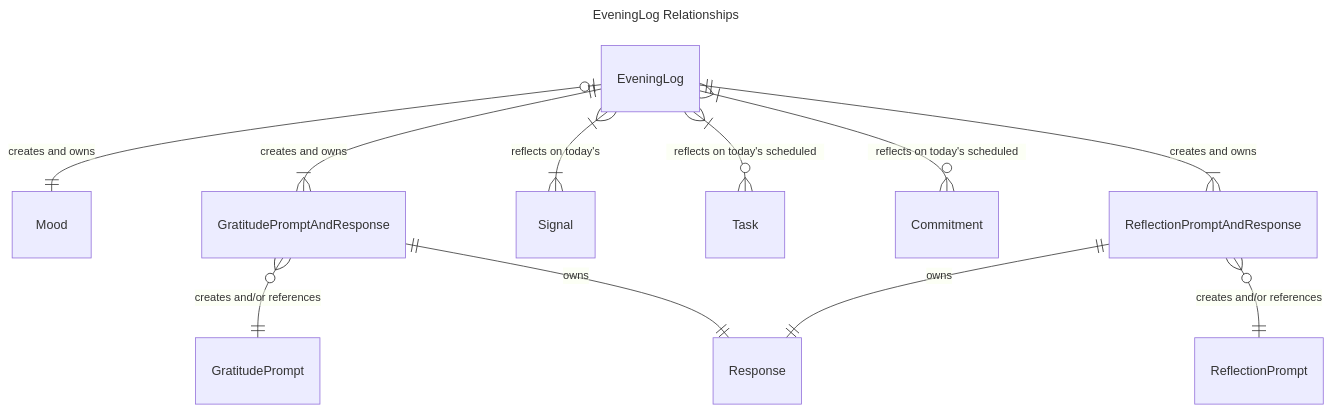
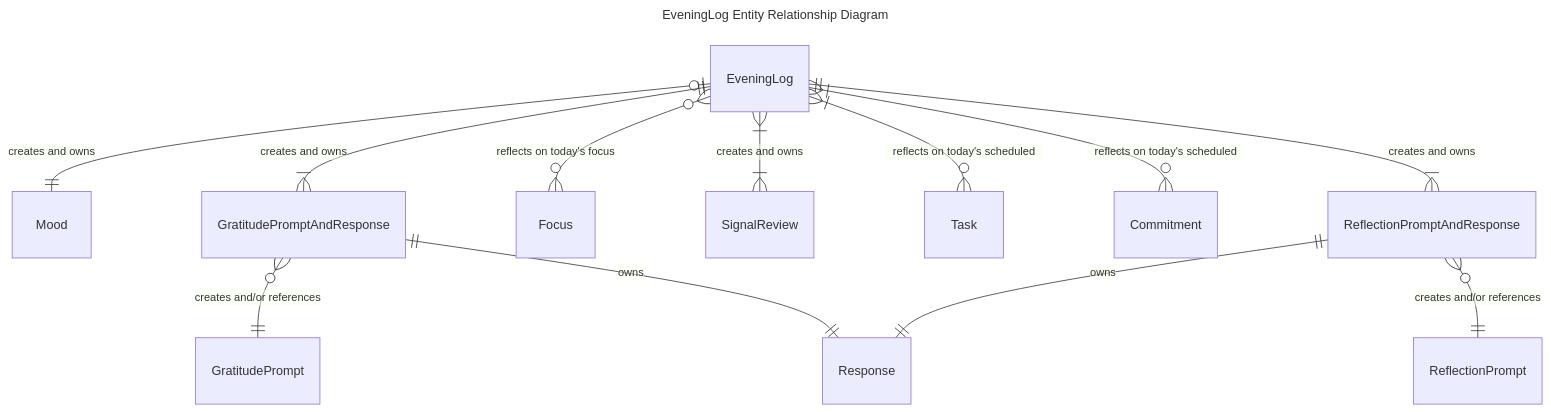
The fourth of 8 diagrams in design-docs/02-entity-relationship-mermaid.md (osgrouch/olos), drawn with Mermaid before and after one commit. The commit also changed other lines of this file and 5 other files, not shown here.

Commit message:
Refactoring Domains: refining Review and Focus

````diff
--- a/design-docs/02-entity-relationship-mermaid.md
+++ b/design-docs/02-entity-relationship-mermaid.md
@@ -77,20 +77,22 @@
 ``` mermaid
 ---
-title: EveningLog Relationships
+title: EveningLog Entity Relationship Diagram
 ---
 erDiagram
   direction TB
 
   EveningLog |o--|| Mood : "creates and owns"
   EveningLog ||--|{ GratitudePromptAndResponse : "creates and owns"
-  EveningLog }|--|{ Signal : "reflects on today's"
+  %% TODO: what does it mean to reflect on active focuses?
+  EveningLog }o--o{ Focus : "reflects on today's focus" 
+  EveningLog }|--|{ SignalReview : "creates and owns"
   EveningLog }|--o{ Task : "reflects on today's scheduled"
   EveningLog }|--o{ Commitment : "reflects on today's scheduled"
   EveningLog ||--|{ ReflectionPromptAndResponse : "creates and owns"
 
   GratitudePromptAndResponse }o--|| GratitudePrompt : "creates and/or references"
   GratitudePromptAndResponse ||--|| Response : "owns"
 
   ReflectionPromptAndResponse }o--|| ReflectionPrompt : "creates and/or references"
   ReflectionPromptAndResponse ||--|| Response : "owns"
 ```
````
